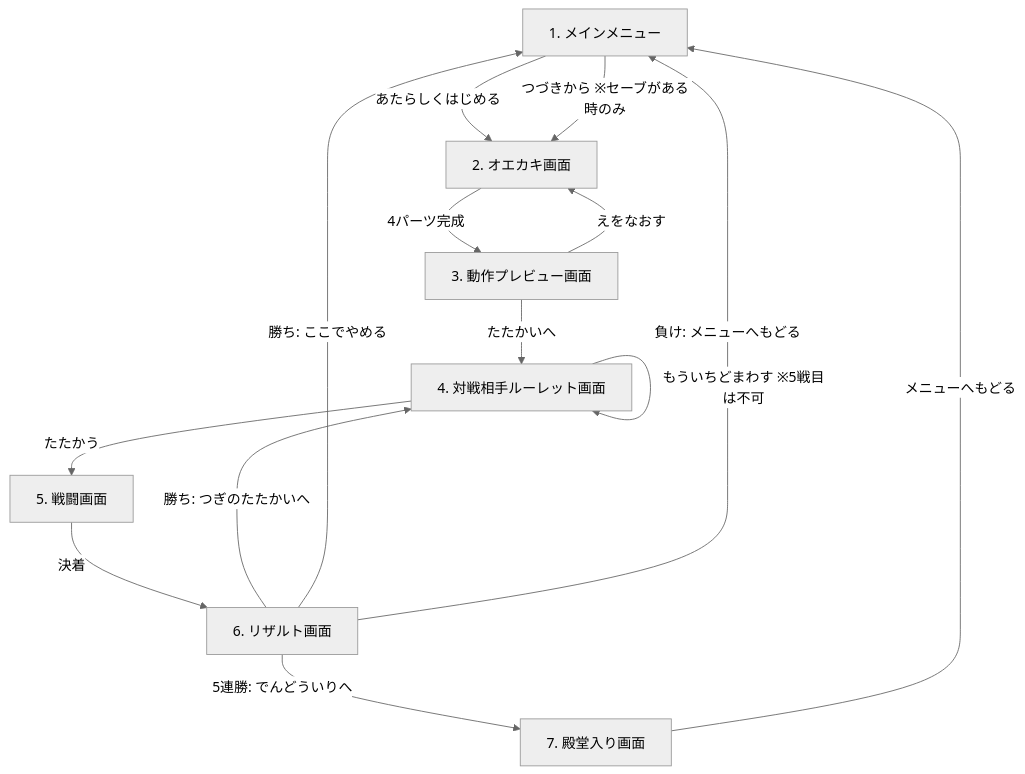
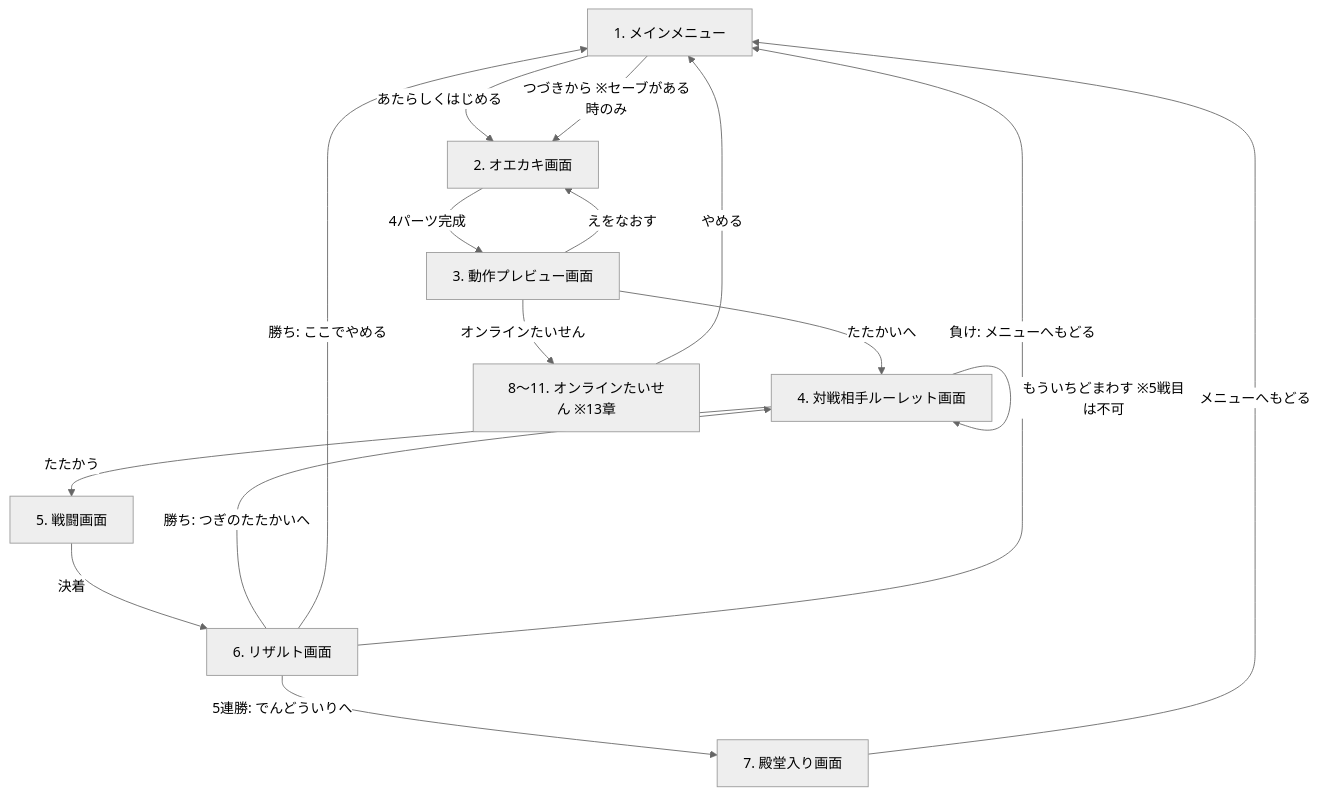
One commit to sakanayuki/cc_rakugaki changed the first of 3 diagrams in DESIGN.md. Above: the diagram before and after it, drawn with Mermaid (neutral theme). The commit also changed other lines of this file, not shown here.

First line of the commit message:
設計書を第4版に改訂（オンラインたいせん / P2P対人戦）

````diff
--- a/DESIGN.md
+++ b/DESIGN.md
@@ -88,16 +127,18 @@
 ```mermaid
 flowchart TD
     MENU[1. メインメニュー] -->|あたらしくはじめる| DRAW[2. オエカキ画面]
     MENU -->|つづきから ※セーブがある時のみ| DRAW
     DRAW -->|4パーツ完成| PREVIEW[3. 動作プレビュー画面]
     PREVIEW -->|えをなおす| DRAW
     PREVIEW -->|たたかいへ| ROULETTE[4. 対戦相手ルーレット画面]
     ROULETTE -->|たたかう| BATTLE[5. 戦闘画面]
     ROULETTE -->|もういちどまわす ※5戦目は不可| ROULETTE
     BATTLE -->|決着| RESULT[6. リザルト画面]
     RESULT -->|勝ち: つぎのたたかいへ| ROULETTE
     RESULT -->|勝ち: ここでやめる| MENU
     RESULT -->|5連勝: でんどういりへ| HALL[7. 殿堂入り画面]
     RESULT -->|負け: メニューへもどる| MENU
     HALL -->|メニューへもどる| MENU
+    PREVIEW -->|オンラインたいせん| ONLINE[8〜11. オンラインたいせん ※13章]
+    ONLINE -->|やめる| MENU
 ```
````
